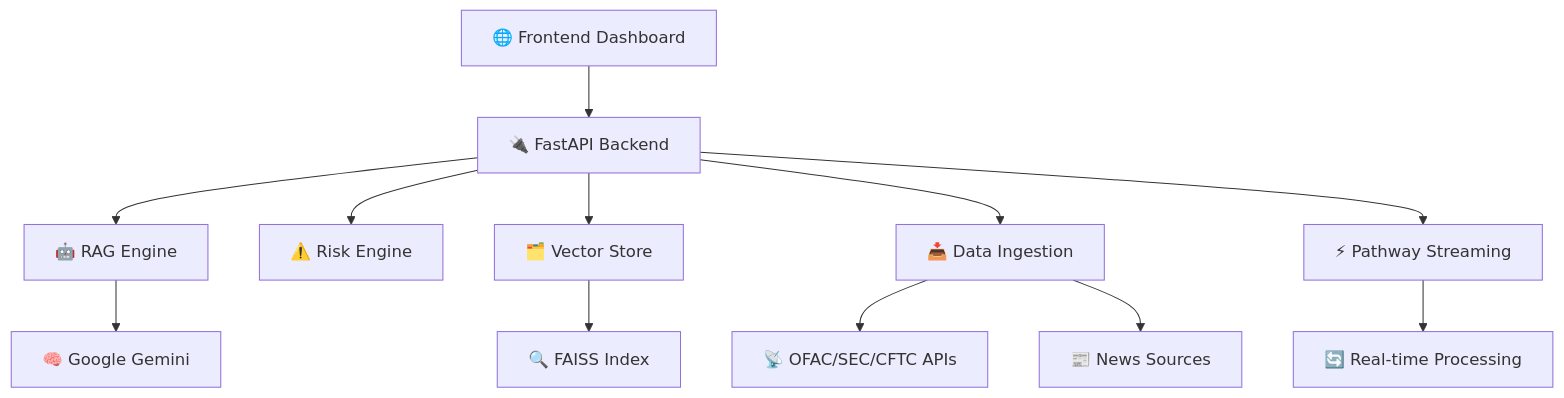
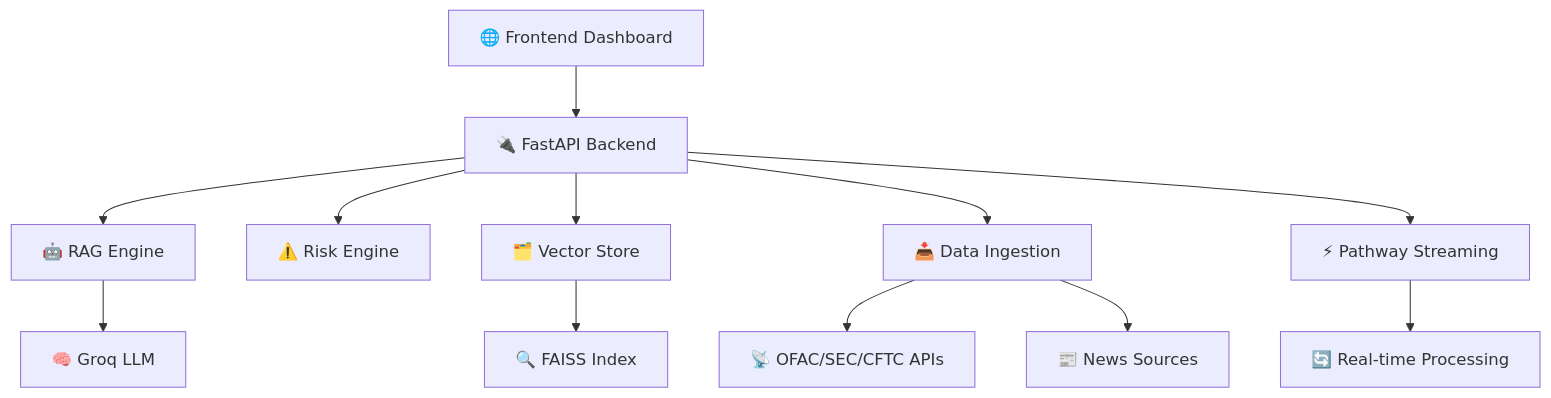
One commit to VaibhavBhagat665/ReguChain changed the diagram in README.md. Above: the diagram before and after it, drawn with Mermaid. The commit also changed other lines of this file and 24 other files, not shown here.

````diff
--- a/README.md
+++ b/README.md
@@ -22,15 +22,15 @@
 ```mermaid
 graph TB
     A[🌐 Frontend Dashboard] --> B[🔌 FastAPI Backend]
     B --> C[🤖 RAG Engine]
     B --> D[⚠️ Risk Engine]
     B --> E[🗂️ Vector Store]
     B --> F[📥 Data Ingestion]
     B --> G[⚡ Pathway Streaming]
     
-    C --> H[🧠 Google Gemini]
+    C --> H[🧠 Groq LLM]
     E --> I[🔍 FAISS Index]
     F --> J[📡 OFAC/SEC/CFTC APIs]
     F --> K[📰 News Sources]
     G --> L[🔄 Real-time Processing]
 ```
````
